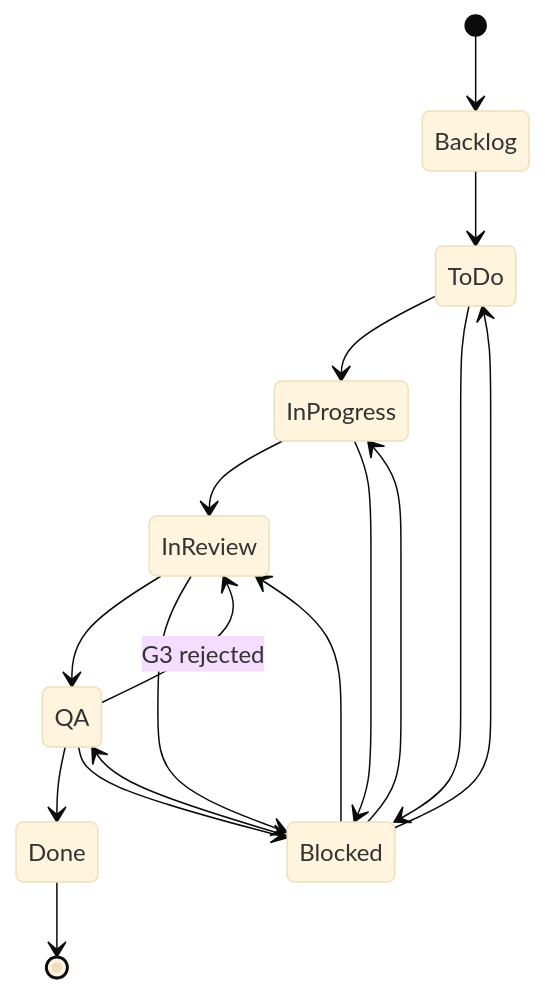
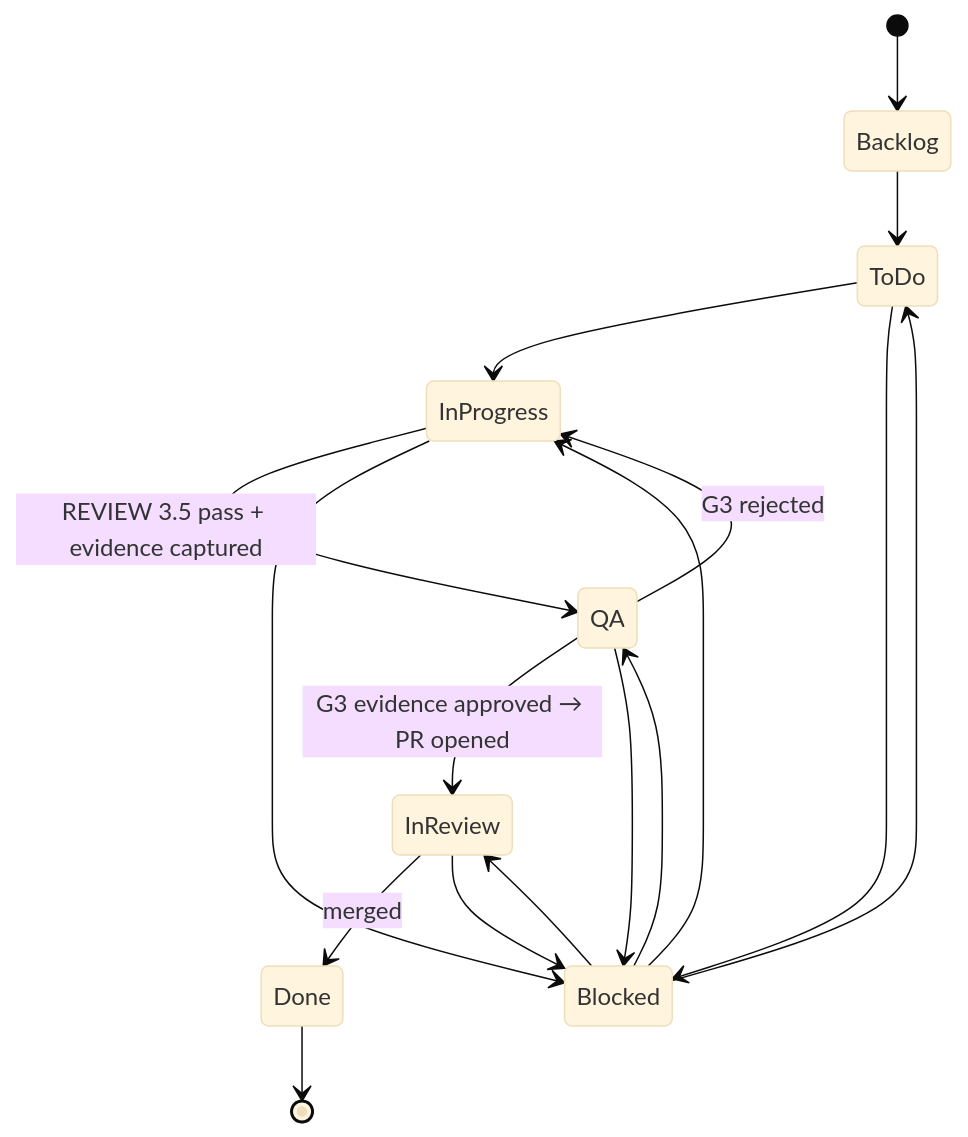
The diagram in .genesis/workflow/TRACKING.md (tiket-sampai-nonton/rusuh-booking-mobile), drawn with Mermaid (base theme) before and after one commit. The commit also changed other lines of this file and 11 other files, not shown here.

Commit message:
docs: reorder workflow to evidence-first — QA + G3 gate PR creation (QA before In Review)

````diff
--- a/.genesis/workflow/TRACKING.md
+++ b/.genesis/workflow/TRACKING.md
@@ -182,19 +182,19 @@
 ```mermaid
 stateDiagram-v2
     [*] --> Backlog
     Backlog --> ToDo
     ToDo --> InProgress
-    InProgress --> InReview
-    InReview --> QA
-    QA --> Done
+    InProgress --> QA : REVIEW 3.5 pass + evidence captured
+    QA --> InReview : G3 evidence approved → PR opened
+    InReview --> Done : merged
     Done --> [*]
-    QA --> InReview : G3 rejected
+    QA --> InProgress : G3 rejected
     ToDo --> Blocked
     InProgress --> Blocked
+    QA --> Blocked
     InReview --> Blocked
-    QA --> Blocked
     Blocked --> ToDo
     Blocked --> InProgress
+    Blocked --> QA
     Blocked --> InReview
-    Blocked --> QA
 ```
````
